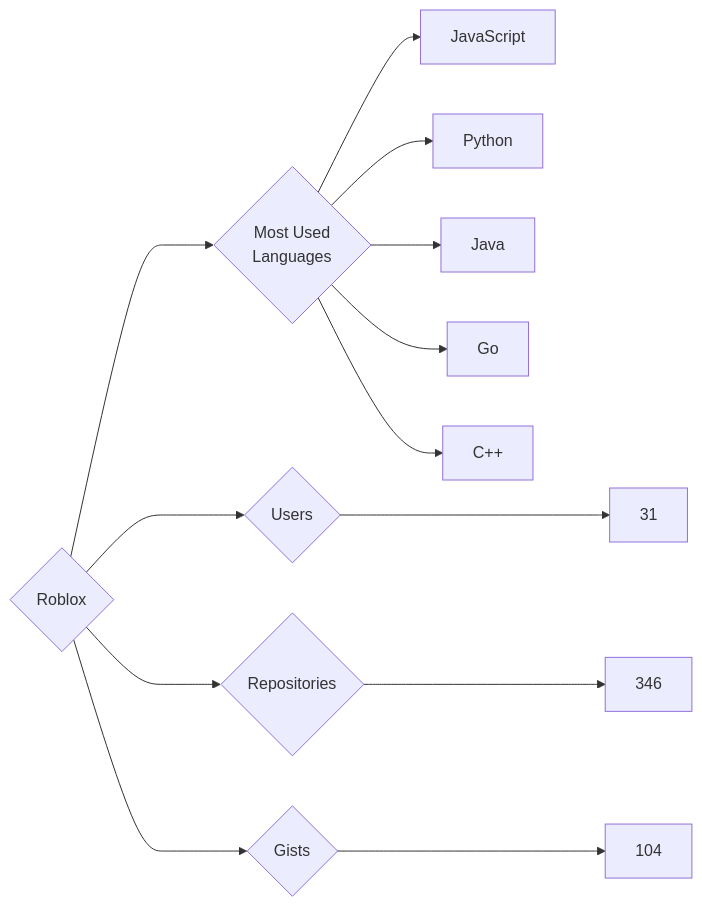
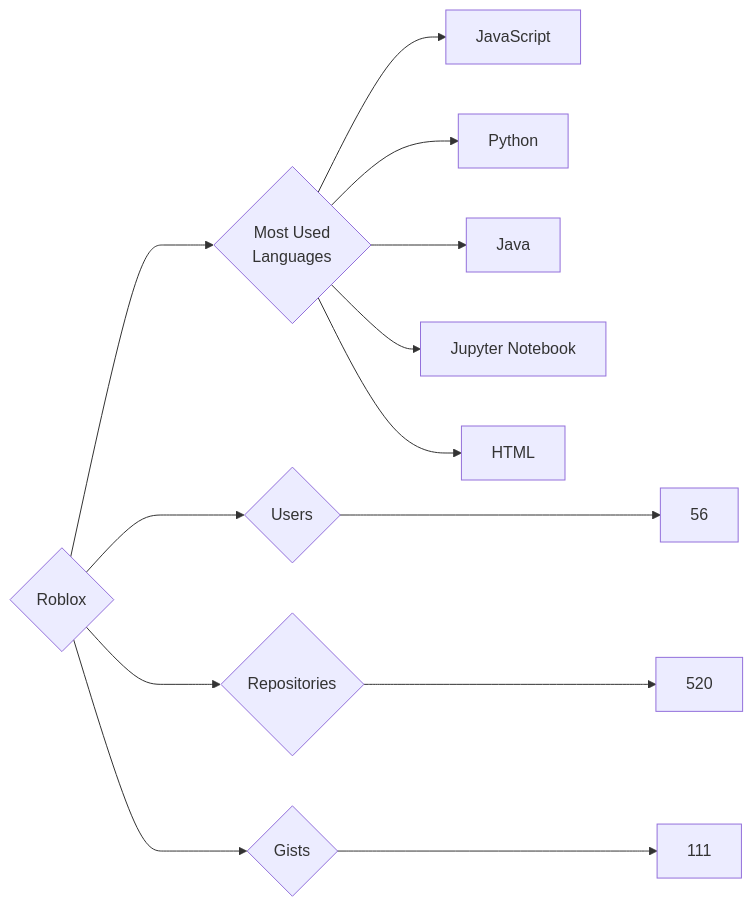
The diagram in targets/Roblox/README.md (trickest/insiders), drawn with Mermaid before and after one commit. The commit also changed 965 other files, not shown here.

````diff
--- a/targets/Roblox/README.md
+++ b/targets/Roblox/README.md
@@ -3,13 +3,13 @@
 ```mermaid
 graph LR
 COMPANY_NAME{Roblox}
-COMPANY_NAME ---> U{Users} ---> UN[31]
-COMPANY_NAME ---> R{Repositories} ---> RN[346]
-COMPANY_NAME ---> G{Gists} ---> GN[104]
+COMPANY_NAME ---> U{Users} ---> UN[56]
+COMPANY_NAME ---> R{Repositories} ---> RN[520]
+COMPANY_NAME ---> G{Gists} ---> GN[111]
 COMPANY_NAME ---> ML{Most Used<br>Languages}
 ML --> JavaScript[JavaScript]
 ML --> Python[Python]
 ML --> Java[Java]
-ML --> Go[Go]
-ML --> C++[C++]
+ML --> Jupyter_Notebook[Jupyter Notebook]
+ML --> HTML[HTML]
 ```
````
